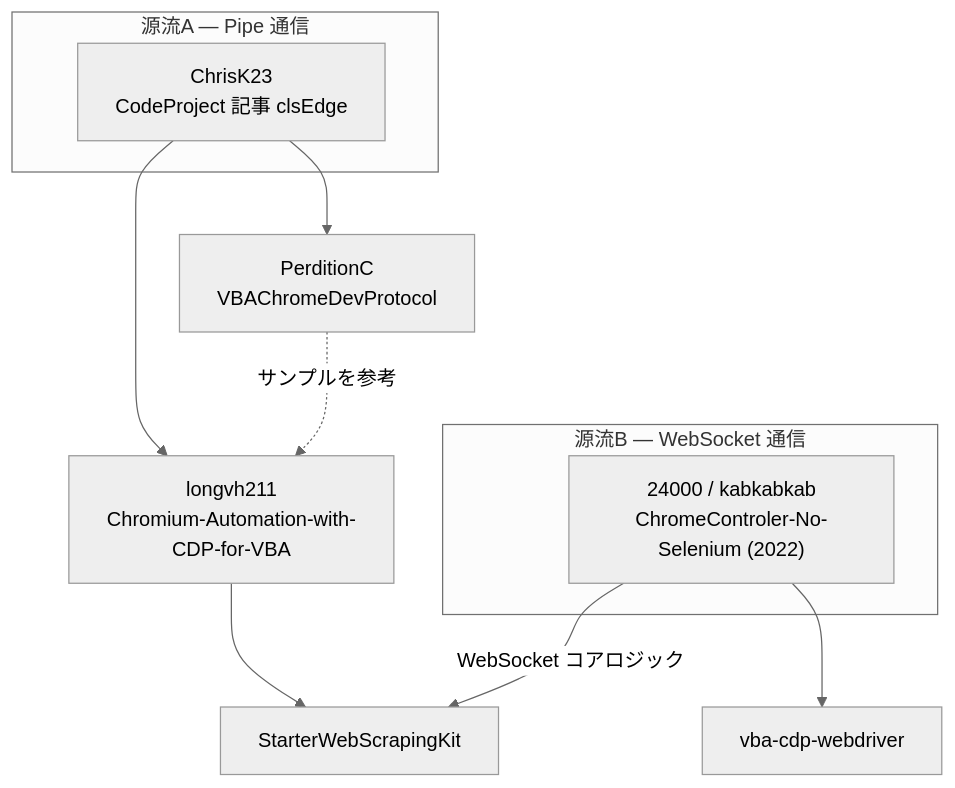
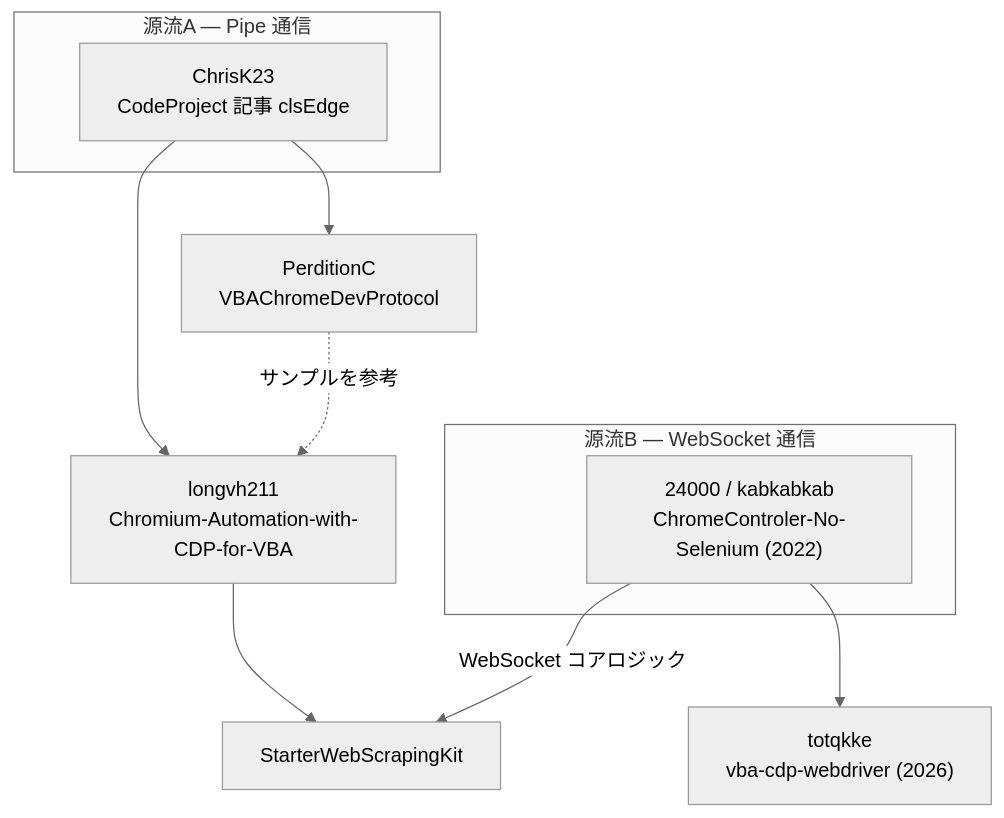
Before and after one commit to Eschamali/StarterWebScrapingKit: the diagram in docs/vba-comparison/index.md, drawn with Mermaid (neutral theme). The commit also changed other lines of this file, not shown here.

Commit message:
作者修正

````diff
--- a/docs/vba-comparison/index.md
+++ b/docs/vba-comparison/index.md
@@ -30,15 +30,15 @@
 ```mermaid
 flowchart TB
   subgraph A["源流A ― Pipe 通信"]
     chris["ChrisK23<br/>CodeProject 記事 clsEdge"]
   end
   subgraph B["源流B ― WebSocket 通信"]
     kab["24000 / kabkabkab<br/>ChromeControler-No-Selenium (2022)"]
   end
   chris --> perd["PerditionC<br/>VBAChromeDevProtocol"]
   chris --> longv["longvh211<br/>Chromium-Automation-with-CDP-for-VBA"]
   perd -.->|サンプルを参考| longv
-  kab --> vcw["vba-cdp-webdriver"]
+  kab --> vcw["totqkke<br/>vba-cdp-webdriver (2026)"]
   longv --> swsk["StarterWebScrapingKit"]
   kab -->|WebSocket コアロジック| swsk
 ```
````
